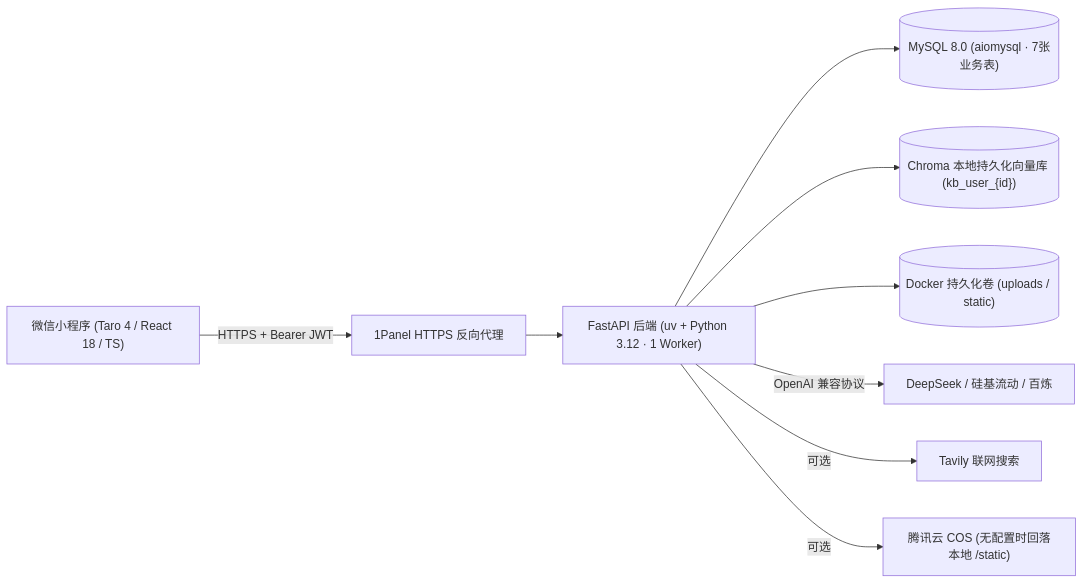
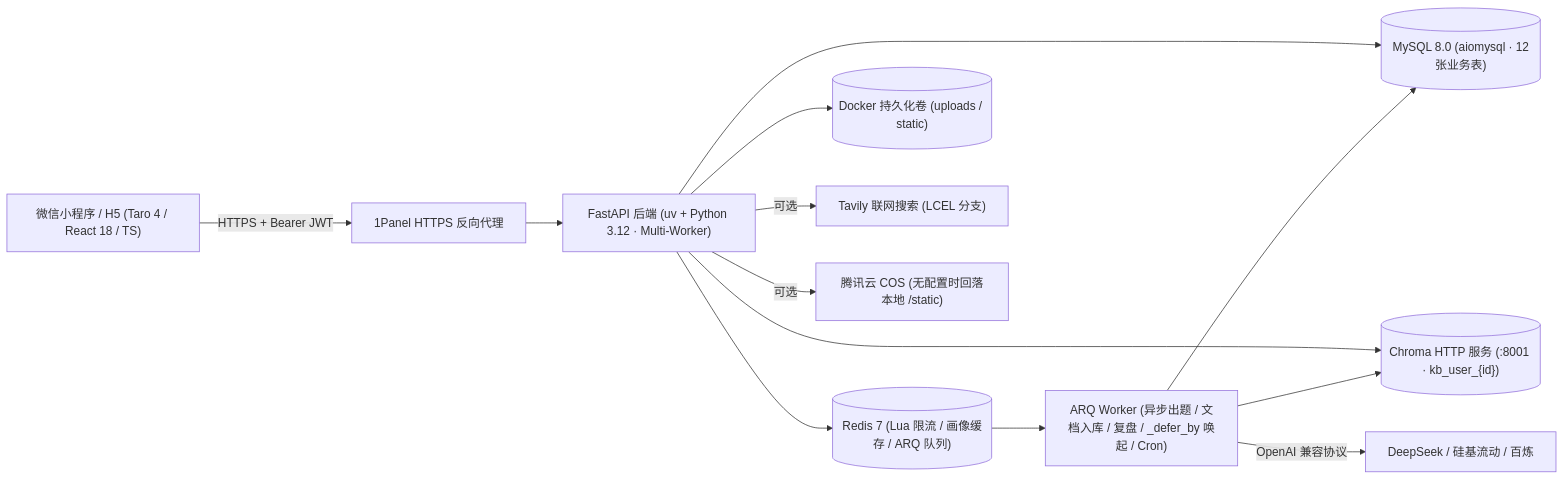
Before and after one commit to leileigwl/zhixing-quiz: the diagram in docs/ARCHITECTURE.md, drawn with Mermaid. The commit also changed other lines of this file and 97 other files, not shown here.

Commit message:
feat(v2): complete MOVEPOP UI, Redis+ARQ workers, Chroma HTTP, LCEL routing, SM-2 & mastery platform

````diff
--- a/docs/ARCHITECTURE.md
+++ b/docs/ARCHITECTURE.md
@@ -9,11 +9,15 @@
 ```mermaid
 flowchart LR
-  WX["微信小程序 (Taro 4 / React 18 / TS)"] -->|HTTPS + Bearer JWT| Proxy["1Panel HTTPS 反向代理"]
-  Proxy --> API["FastAPI 后端 (uv + Python 3.12 · 1 Worker)"]
-  API --> MySQL[("MySQL 8.0 (aiomysql · 7张业务表)")]
-  API --> Chroma[("Chroma 本地持久化向量库 (kb_user_{id})")]
+  WX["微信小程序 / H5 (Taro 4 / React 18 / TS)"] -->|HTTPS + Bearer JWT| Proxy["1Panel HTTPS 反向代理"]
+  Proxy --> API["FastAPI 后端 (uv + Python 3.12 · Multi-Worker)"]
+  API --> Redis[("Redis 7 (Lua 限流 / 画像缓存 / ARQ 队列)")]
+  Redis --> Worker["ARQ Worker (异步出题 / 文档入库 / 复盘 / _defer_by 唤起 / Cron)"]
+  API --> MySQL[("MySQL 8.0 (aiomysql · 12张业务表)")]
+  Worker --> MySQL
+  API --> Chroma[("Chroma HTTP 服务 (:8001 · kb_user_{id})")]
+  Worker --> Chroma
   API --> Disk[("Docker 持久化卷 (uploads / static)")]
-  API -->|OpenAI 兼容协议| LLM["DeepSeek / 硅基流动 / 百炼"]
-  API -->|可选| Tavily["Tavily 联网搜索"]
+  Worker -->|OpenAI 兼容协议| LLM["DeepSeek / 硅基流动 / 百炼"]
+  API -->|可选| Tavily["Tavily 联网搜索 (LCEL 分支)"]
   API -->|可选| COS["腾讯云 COS (无配置时回落本地 /static)"]
 ```
````
